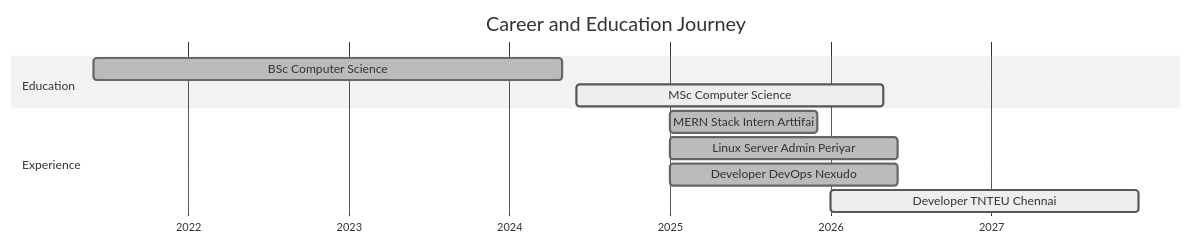
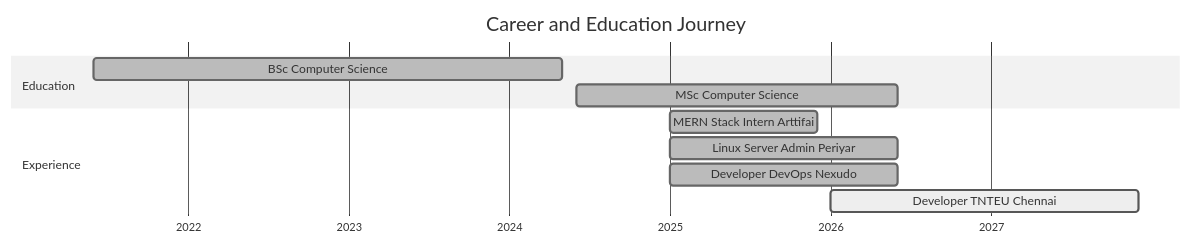
Before and after one commit to Udhayaboopathi/udhayaboopathi: the fifth of 6 diagrams in README.md, drawn with Mermaid (neutral theme). The commit also changed other lines of this file and 2 other files, not shown here.

````diff
--- a/README.md
+++ b/README.md
@@ -624,16 +654,16 @@
 ```mermaid
 gantt
     title Career and Education Journey
     dateFormat YYYY-MM
     axisFormat %Y
 
     section Education
     BSc Computer Science            :done, bsc, 2021-06, 2024-05
-    MSc Computer Science            :active, msc, 2024-06, 2026-05
+    MSc Computer Science            :done, msc, 2024-06, 2026-06
 
     section Experience
     MERN Stack Intern Arttifai      :done, art, 2025-01, 2025-12
     Linux Server Admin Periyar      :done, linux, 2025-01, 2026-06
     Developer DevOps Nexudo         :done, nexudo, 2025-01, 2026-06
     Developer TNTEU Chennai           :active, tnteu, 2026-01, 2027-12
 ```
````
